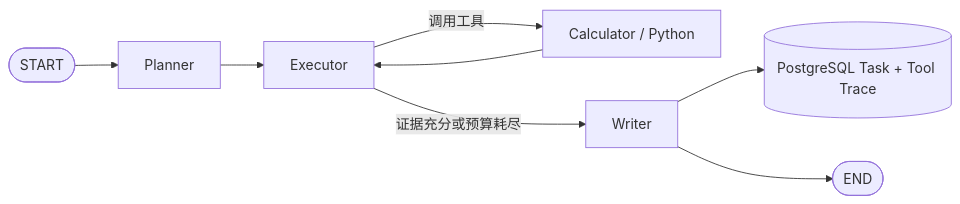
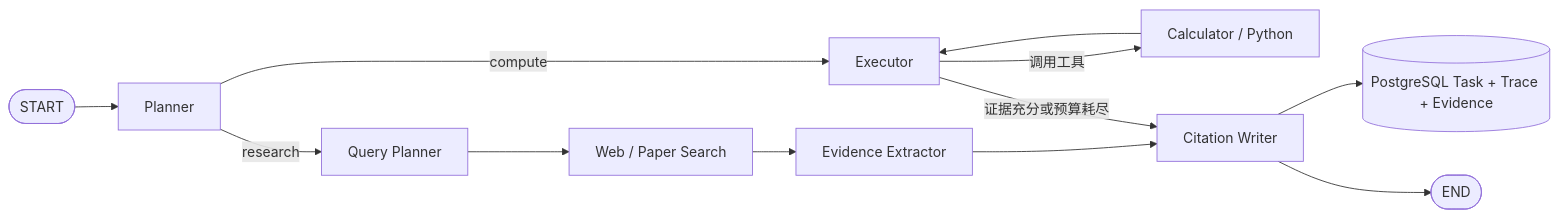
Before and after one commit to windskyther/AutoScholar: the diagram in README.md, drawn with Mermaid. The commit also changed other lines of this file and 7 other files, not shown here.

````diff
--- a/README.md
+++ b/README.md
@@ -23,10 +26,14 @@
 ```mermaid
 flowchart LR
     S([START]) --> P[Planner]
-    P --> E[Executor]
+    P -->|compute| E[Executor]
     E -->|调用工具| T[Calculator / Python]
     T --> E
-    E -->|证据充分或预算耗尽| W[Writer]
-    W --> X[(PostgreSQL Task + Tool Trace)]
+    P -->|research| Q[Query Planner]
+    Q --> R[Web / Paper Search]
+    R --> V[Evidence Extractor]
+    V --> W[Citation Writer]
+    E -->|证据充分或预算耗尽| W
+    W --> X[(PostgreSQL Task + Trace + Evidence)]
     W --> F([END])
 ```
````
